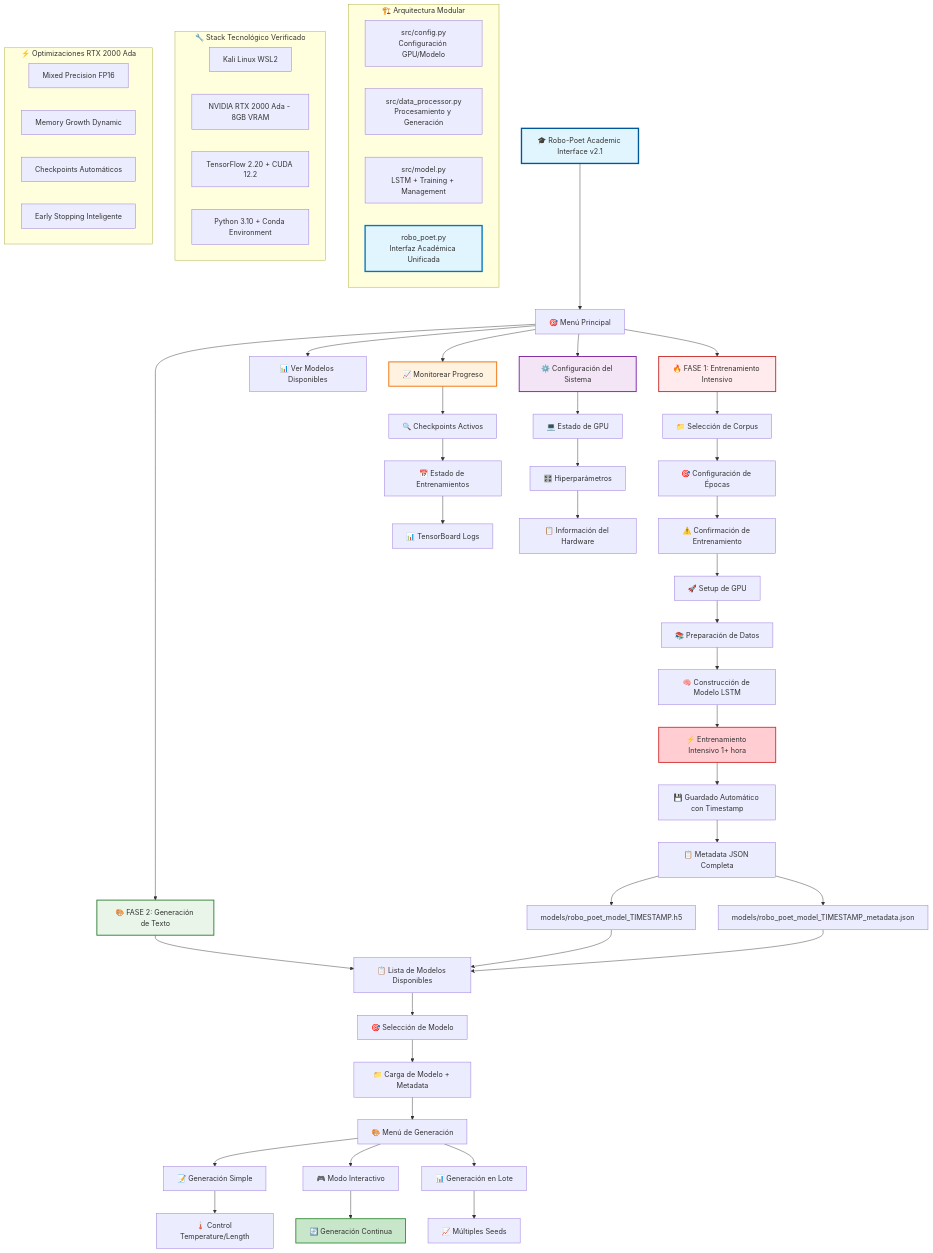
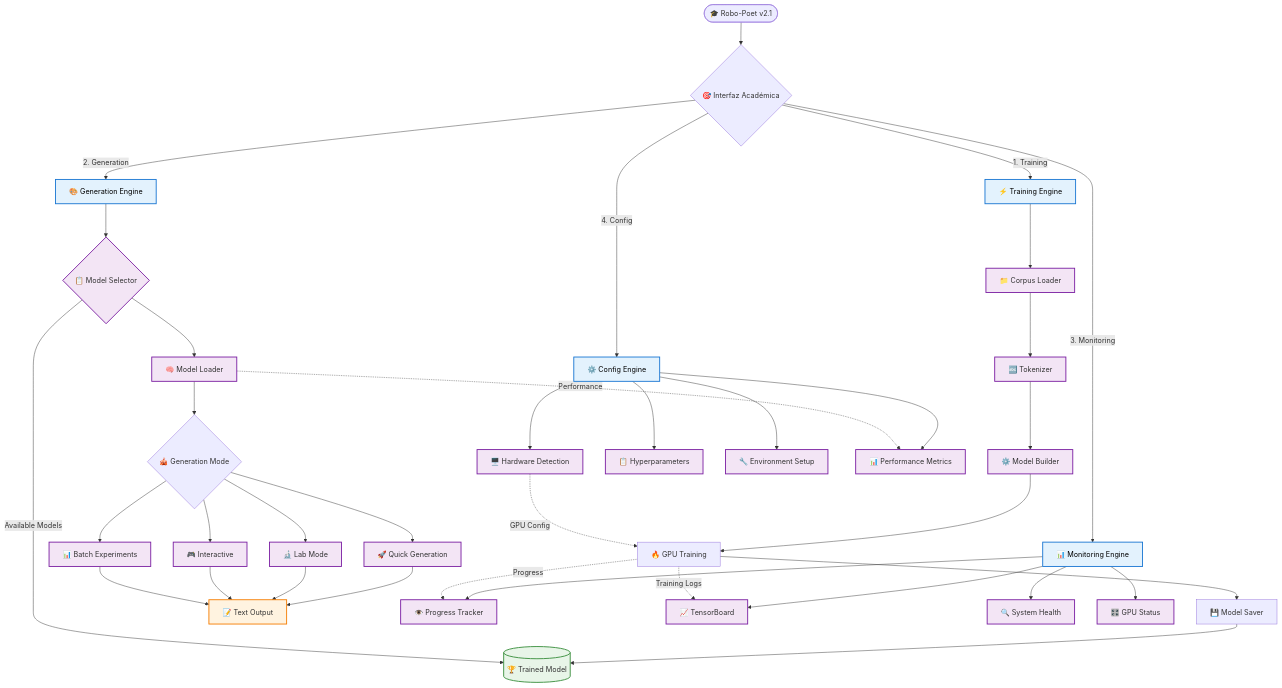
Before and after one commit to BernardUriza/Robo-Poet: the first of 3 diagrams in readme.md, drawn with Mermaid. The commit also changed other lines of this file and 1 other file, not shown here.

First line of the commit message:
📊 docs: Enhanced README + Flow Engines Conceptualization + Phase 5 Objectives

````diff
--- a/readme.md
+++ b/readme.md
@@ -92,85 +9,63 @@
 ```mermaid
 flowchart TD
-    A[🎓 Robo-Poet Academic Interface v2.1] --> B[🎯 Menú Principal]
+    Start([🎓 Robo-Poet v2.1]) --> UI{🎯 Interfaz Académica}
     
-    B --> C[🔥 FASE 1: Entrenamiento Intensivo]
-    B --> D[🎨 FASE 2: Generación de Texto]
-    B --> E[📊 Ver Modelos Disponibles]
-    B --> F[📈 Monitorear Progreso]
-    B --> G[⚙️ Configuración del Sistema]
+    %% Flow Engine 1: Training Pipeline
+    UI --> |"1. Training"| TR[⚡ Training Engine]
+    TR --> TR1[📁 Corpus Loader]
+    TR1 --> TR2[🔤 Tokenizer]
+    TR2 --> TR3[⚙️ Model Builder]
+    TR3 --> TR4[🔥 GPU Training]
+    TR4 --> TR5[💾 Model Saver]
+    TR5 --> SAVED[("🏆 Trained Model")]
     
-    %% FASE 1 - Entrenamiento Intensivo
-    C --> C1[📁 Selección de Corpus]
-    C1 --> C2[🎯 Configuración de Épocas]
-    C2 --> C3[⚠️ Confirmación de Entrenamiento]
-    C3 --> C4[🚀 Setup de GPU]
-    C4 --> C5[📚 Preparación de Datos]
-    C5 --> C6[🧠 Construcción de Modelo LSTM]
-    C6 --> C7[⚡ Entrenamiento Intensivo 1+ hora]
-    C7 --> C8[💾 Guardado Automático con Timestamp]
-    C8 --> C9[📋 Metadata JSON Completa]
+    %% Flow Engine 2: Generation Pipeline
+    UI --> |"2. Generation"| GE[🎨 Generation Engine]
+    GE --> GE1{📋 Model Selector}
+    GE1 --> |"Available Models"| SAVED
+    GE1 --> GE2[🧠 Model Loader]
+    GE2 --> GE3{🎪 Generation Mode}
     
-    %% FASE 2 - Generación de Texto
-    D --> D1[📋 Lista de Modelos Disponibles]
-    D1 --> D2[🎯 Selección de Modelo]
-    D2 --> D3[📁 Carga de Modelo + Metadata]
-    D3 --> D4[🎨 Menú de Generación]
+    %% Generation Modes
+    GE3 --> GM1[🚀 Quick Generation]
+    GE3 --> GM2[🔬 Lab Mode]
+    GE3 --> GM3[🎮 Interactive]
+    GE3 --> GM4[📊 Batch Experiments]
     
-    D4 --> D4A[📝 Generación Simple]
-    D4 --> D4B[🎮 Modo Interactivo]
-    D4 --> D4C[📊 Generación en Lote]
+    %% Output Processing
+    GM1 --> OUT[📝 Text Output]
+    GM2 --> OUT
+    GM3 --> OUT
+    GM4 --> OUT
     
-    D4A --> D5[🌡️ Control Temperature/Length]
-    D4B --> D6[🔄 Generación Continua]
-    D4C --> D7[📈 Múltiples Seeds]
+    %% Flow Engine 3: Monitoring & Control
+    UI --> |"3. Monitoring"| ME[📊 Monitoring Engine]
+    ME --> ME1[👁️ Progress Tracker]
+    ME --> ME2[📈 TensorBoard]
+    ME --> ME3[🔍 System Health]
+    ME --> ME4[🎛️ GPU Status]
     
-    %% Sistema de Monitoreo
-    F --> F1[🔍 Checkpoints Activos]
-    F1 --> F2[📅 Estado de Entrenamientos]
-    F2 --> F3[📊 TensorBoard Logs]
+    %% Flow Engine 4: Configuration Management
+    UI --> |"4. Config"| CE[⚙️ Config Engine]
+    CE --> CE1[🖥️ Hardware Detection]
+    CE --> CE2[📋 Hyperparameters]
+    CE --> CE3[🔧 Environment Setup]
+    CE --> CE4[📊 Performance Metrics]
     
-    %% Configuración del Sistema
-    G --> G1[💻 Estado de GPU]
-    G1 --> G2[🎛️ Hiperparámetros]
-    G2 --> G3[📋 Información del Hardware]
+    %% Data Flow
+    TR4 -.-> |"Training Logs"| ME2
+    TR4 -.-> |"Progress"| ME1
+    GE2 -.-> |"Performance"| CE4
+    CE1 -.-> |"GPU Config"| TR4
     
-    %% Arquitectura del Sistema
-    subgraph "🏗️ Arquitectura Modular"
-        H[src/config.py<br/>Configuración GPU/Modelo]
-        I[src/data_processor.py<br/>Procesamiento y Generación]
-        J[src/model.py<br/>LSTM + Training + Management]
-        K[robo_poet.py<br/>Interfaz Académica Unificada]
-    end
+    %% Styling
+    classDef engine fill:#e3f2fd,stroke:#1976d2,stroke-width:2px,color:#000
+    classDef process fill:#f3e5f5,stroke:#7b1fa2,stroke-width:2px
+    classDef storage fill:#e8f5e8,stroke:#388e3c,stroke-width:2px
+    classDef output fill:#fff3e0,stroke:#f57c00,stroke-width:2px
     
-    %% Flujo de Datos
-    C9 --> L[models/robo_poet_model_TIMESTAMP.h5]
-    C9 --> M[models/robo_poet_model_TIMESTAMP_metadata.json]
-    L --> D1
-    M --> D1
-    
-    %% Características Técnicas
-    subgraph "🔧 Stack Tecnológico Verificado"
-        N[Kali Linux WSL2]
-        O[NVIDIA RTX 2000 Ada - 8GB VRAM]
-        P[TensorFlow 2.20 + CUDA 12.2]
-        Q[Python 3.10 + Conda Environment]
-    end
-    
-    %% Optimizaciones
-    subgraph "⚡ Optimizaciones RTX 2000 Ada"
-        R[Mixed Precision FP16]
-        S[Memory Growth Dynamic]
-        T[Checkpoints Automáticos]
-        U[Early Stopping Inteligente]
-    end
-    
-    style A fill:#e1f5fe,stroke:#01579b,stroke-width:3px
-    style C fill:#ffebee,stroke:#c62828,stroke-width:2px
-    style D fill:#e8f5e8,stroke:#2e7d32,stroke-width:2px
-    style F fill:#fff3e0,stroke:#ef6c00,stroke-width:2px
-    style G fill:#f3e5f5,stroke:#7b1fa2,stroke-width:2px
-    
-    style C7 fill:#ffcdd2,stroke:#d32f2f,stroke-width:2px
-    style D6 fill:#c8e6c9,stroke:#388e3c,stroke-width:2px
-    style K fill:#e1f5fe,stroke:#0277bd,stroke-width:3px
+    class TR,GE,ME,CE engine
+    class TR1,TR2,TR3,GE1,GE2,GM1,GM2,GM3,GM4,ME1,ME2,ME3,ME4,CE1,CE2,CE3,CE4 process
+    class SAVED storage
+    class OUT output
 ```
````
